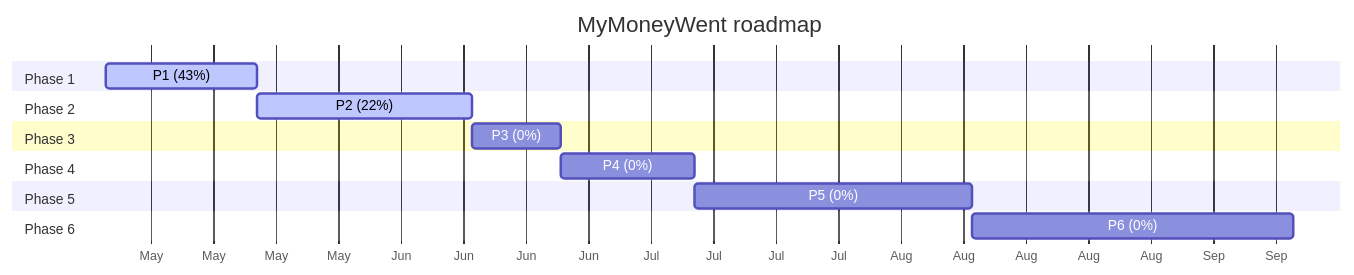
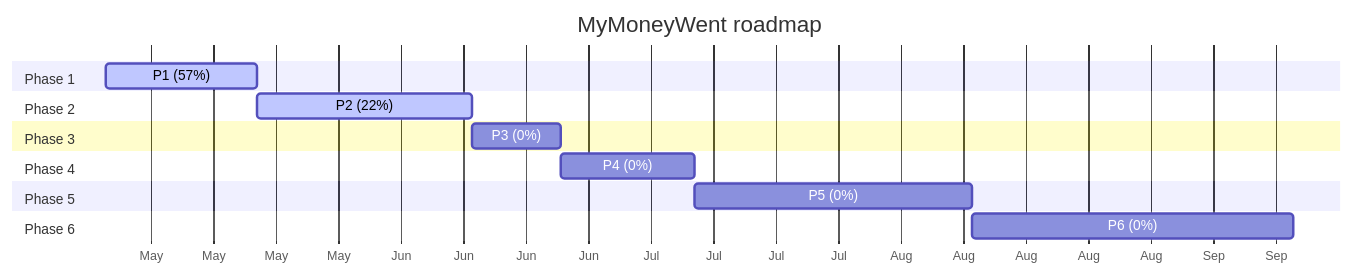
One commit to maingocanh1702/my-money-went-bot changed the diagram in docs/dashboard.md. Above: the diagram before and after it, drawn with Mermaid. The commit also changed other lines of this file and 2 other files, not shown here.

````diff
--- a/docs/dashboard.md
+++ b/docs/dashboard.md
@@ -101,18 +101,18 @@
 ```mermaid
 gantt
     title MyMoneyWent roadmap
     dateFormat YYYY-MM-DD
     axisFormat %b
     section Phase 1
-    P1 (43%) : active, 2026-05-05, 2026-05-22
+    P1 (57%) : active, 2026-05-05, 2026-05-22
     section Phase 2
     P2 (22%) : active, 2026-05-22, 2026-06-15
     section Phase 3
     P3 (0%) : 2026-06-15, 2026-06-25
     section Phase 4
     P4 (0%) : 2026-06-25, 2026-07-10
     section Phase 5
     P5 (0%) : 2026-07-10, 2026-08-10
     section Phase 6
     P6 (0%) : 2026-08-10, 2026-09-15
 ```
````
